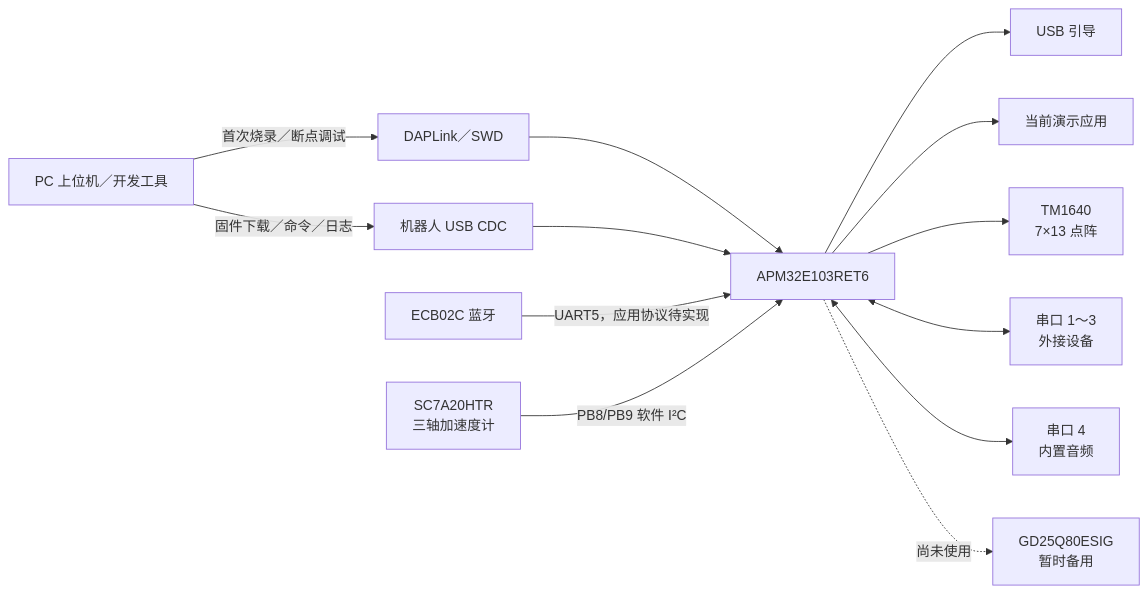
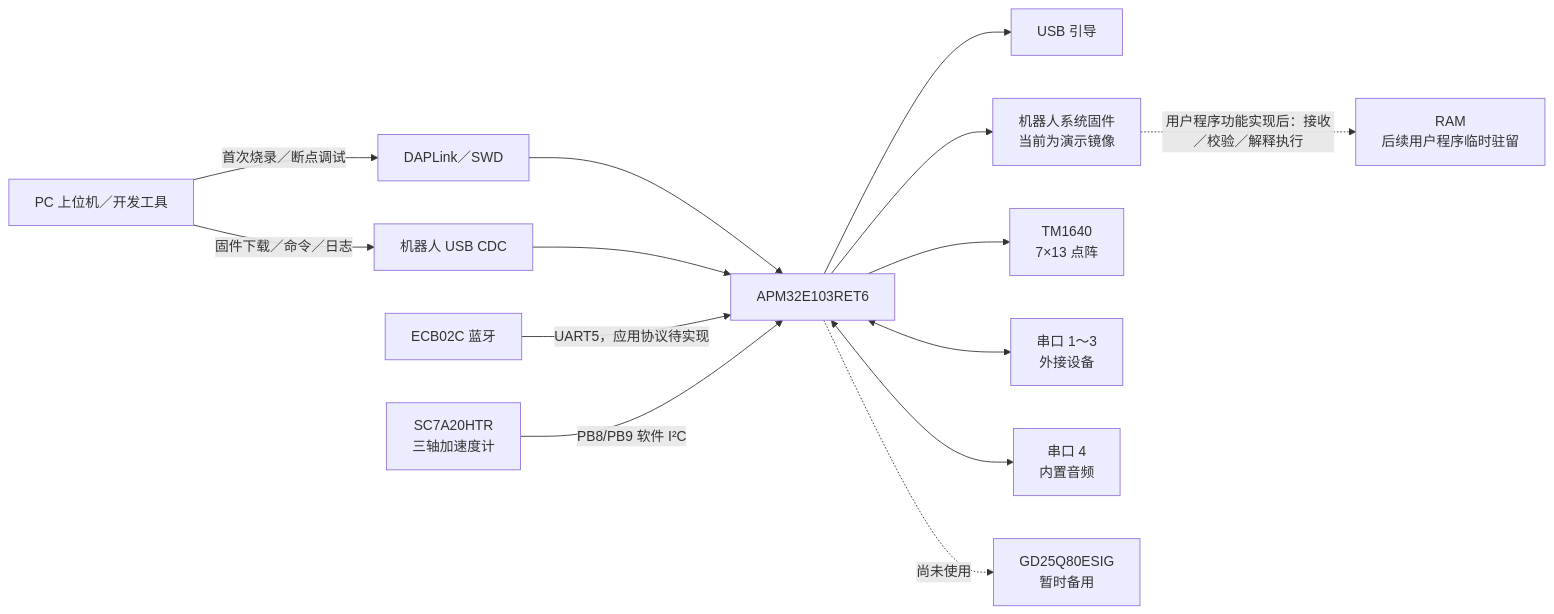
One commit to msl1831/KLQ_V2 changed the first of 5 diagrams in docs/architecture_current.md. Above: the diagram before and after it, drawn with Mermaid. The commit also changed other lines of this file and 3 other files, not shown here.

Commit message:
Clarify RAM-only user program architecture

````diff
--- a/docs/architecture_current.md
+++ b/docs/architecture_current.md
@@ -17,28 +19,30 @@
 ```mermaid
 flowchart LR
     PC[PC 上位机／开发工具]
     DAP[DAPLink／SWD]
     USB[机器人 USB CDC]
     BLE[ECB02C 蓝牙]
     MCU[APM32E103RET6]
     BOOT[USB 引导]
-    APP[当前演示应用]
+    FW[机器人系统固件<br/>当前为演示镜像]
+    RAM[RAM<br/>后续用户程序临时驻留]
     LED[TM1640<br/>7×13 点阵]
     ACC[SC7A20HTR<br/>三轴加速度计]
     EXT[串口 1～3<br/>外接设备]
     AUDIO[串口 4<br/>内置音频]
     FLASH[GD25Q80ESIG<br/>暂时备用]
 
     PC -->|固件下载／命令／日志| USB
     PC -->|首次烧录／断点调试| DAP
     DAP --> MCU
     USB --> MCU
     BLE -->|UART5，应用协议待实现| MCU
     MCU --> BOOT
-    MCU --> APP
+    MCU --> FW
+    FW -.->|用户程序功能实现后：接收／校验／解释执行| RAM
     MCU --> LED
     ACC -->|PB8/PB9 软件 I²C| MCU
     MCU <--> EXT
     MCU <--> AUDIO
     MCU -.->|尚未使用| FLASH
 ```
````
